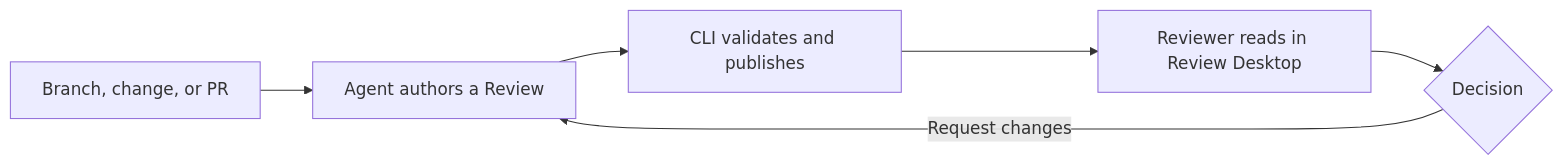
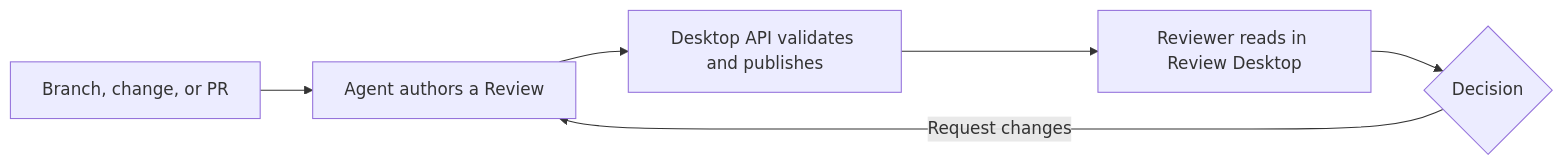
One commit to devdotfast/review changed the diagram in docs/how-review-works.md. Above: the diagram before and after it, drawn with Mermaid. The commit also changed other lines of this file and 54 other files, not shown here.

````diff
--- a/docs/how-review-works.md
+++ b/docs/how-review-works.md
@@ -11,8 +11,8 @@
 ```mermaid
 flowchart LR
   A[Branch, change, or PR] --> B[Agent authors a Review]
-  B --> C[CLI validates and publishes]
+  B --> C[Desktop API validates and publishes]
   C --> D[Reviewer reads in Review Desktop]
   D --> E{Decision}
   E -->|Request changes| B
 ```
````
